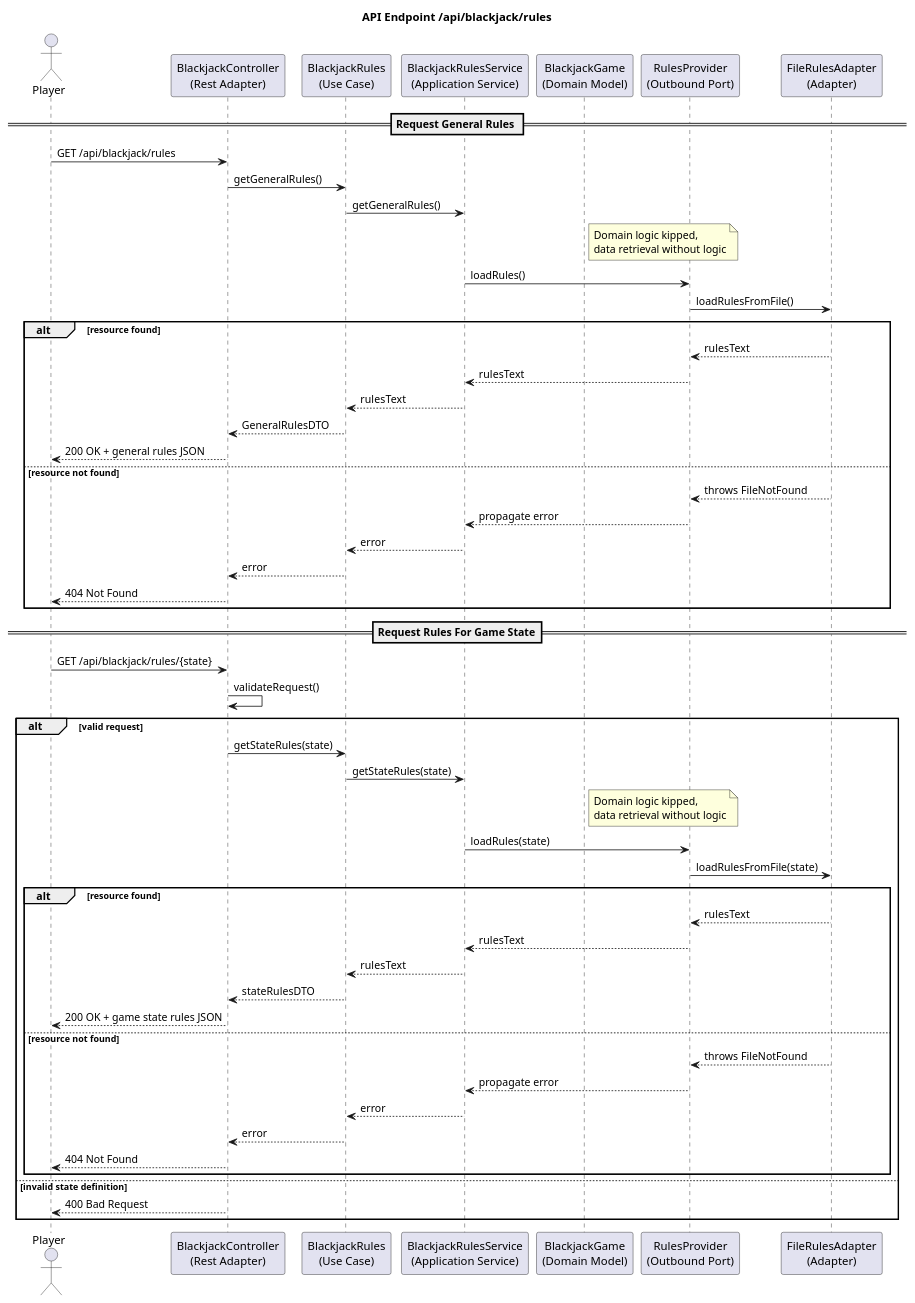
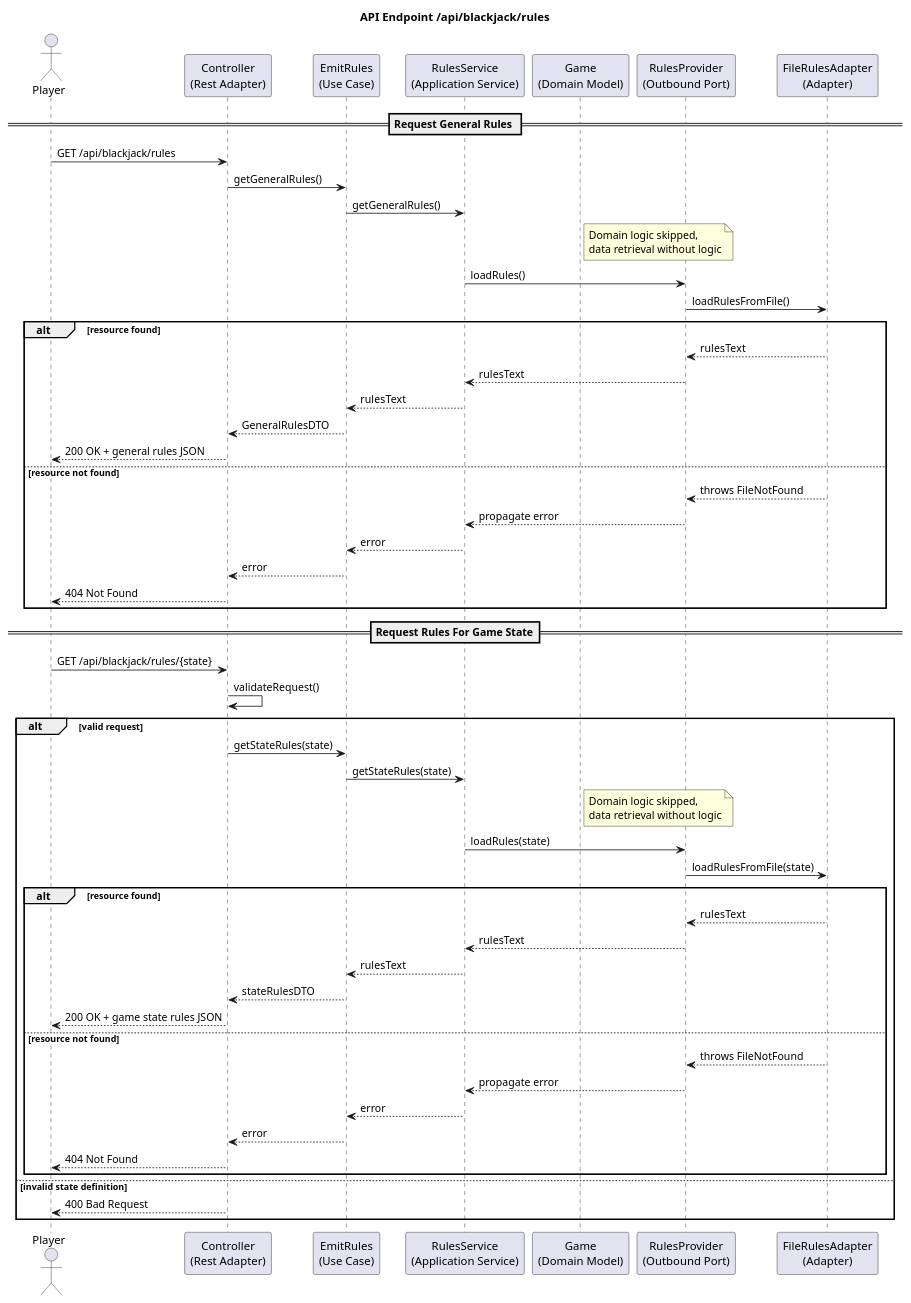
The diagram in docs/uml/sequence_diagram_rules.puml (voelkerh/Blackjack), drawn with PlantUML before and after one commit.

Commit message:
Adjust participant names according to review suggestions

```diff
--- a/docs/uml/sequence_diagram_rules.puml
+++ b/docs/uml/sequence_diagram_rules.puml
@@ -1,72 +1,72 @@
 @startuml
 title API Endpoint /api/blackjack/rules
 actor Player
 
-participant "BlackjackController\n(Rest Adapter)" as Controller
-participant "BlackjackRules\n(Use Case)" as UseCase
-participant "BlackjackRulesService\n(Application Service)" as Service
-participant "BlackjackGame\n(Domain Model)" as Domain
+participant "Controller\n(Rest Adapter)" as Controller
+participant "EmitRules\n(Use Case)" as UseCase
+participant "RulesService\n(Application Service)" as Service
+participant "Game\n(Domain Model)" as Domain
 participant "RulesProvider\n(Outbound Port)" as Port
 participant "FileRulesAdapter\n(Adapter)" as Adapter
 
 == Request General Rules ==
 
 Player -> Controller : GET /api/blackjack/rules
 
     Controller -> UseCase : getGeneralRules()
     UseCase -> Service : getGeneralRules()
-    note right of Domain: Domain logic kipped, \ndata retrieval without logic
+    note right of Domain: Domain logic skipped, \ndata retrieval without logic
     Service -> Port : loadRules()
     Port -> Adapter : loadRulesFromFile()
 
 alt resource found
     Adapter --> Port : rulesText
     Port --> Service : rulesText
     Service --> UseCase : rulesText
     UseCase --> Controller : GeneralRulesDTO
     Controller --> Player : 200 OK + general rules JSON
 
 else resource not found
     Adapter --> Port : throws FileNotFound
     Port --> Service : propagate error
     Service --> UseCase : error
     UseCase --> Controller : error
     Controller --> Player : 404 Not Found
 
 end
 
 == Request Rules For Game State==
 
 Player -> Controller : GET /api/blackjack/rules/{state}
 Controller -> Controller : validateRequest()
 
 alt valid request
 
         Controller -> UseCase : getStateRules(state)
         UseCase -> Service : getStateRules(state)
-        note right of Domain: Domain logic kipped, \ndata retrieval without logic
+        note right of Domain: Domain logic skipped, \ndata retrieval without logic
         Service -> Port : loadRules(state)
         Port -> Adapter : loadRulesFromFile(state)
 
     alt resource found
         Adapter --> Port : rulesText
         Port --> Service : rulesText
         Service --> UseCase : rulesText
         UseCase --> Controller : stateRulesDTO
         Controller --> Player : 200 OK + game state rules JSON
 
     else resource not found
         Adapter --> Port : throws FileNotFound
         Port --> Service : propagate error
         Service --> UseCase : error
         UseCase --> Controller : error
         Controller --> Player : 404 Not Found
     end
 
 else invalid state definition
 
     Controller --> Player : 400 Bad Request
 
 end
 
 @enduml
```
